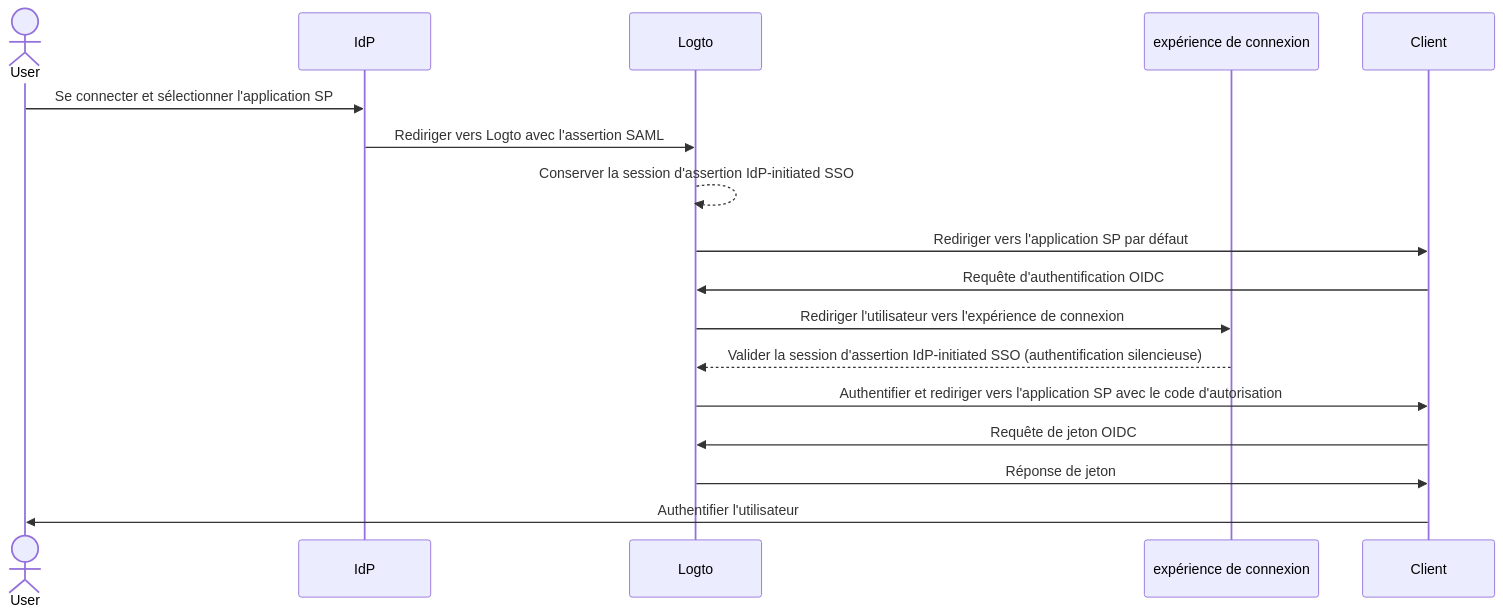
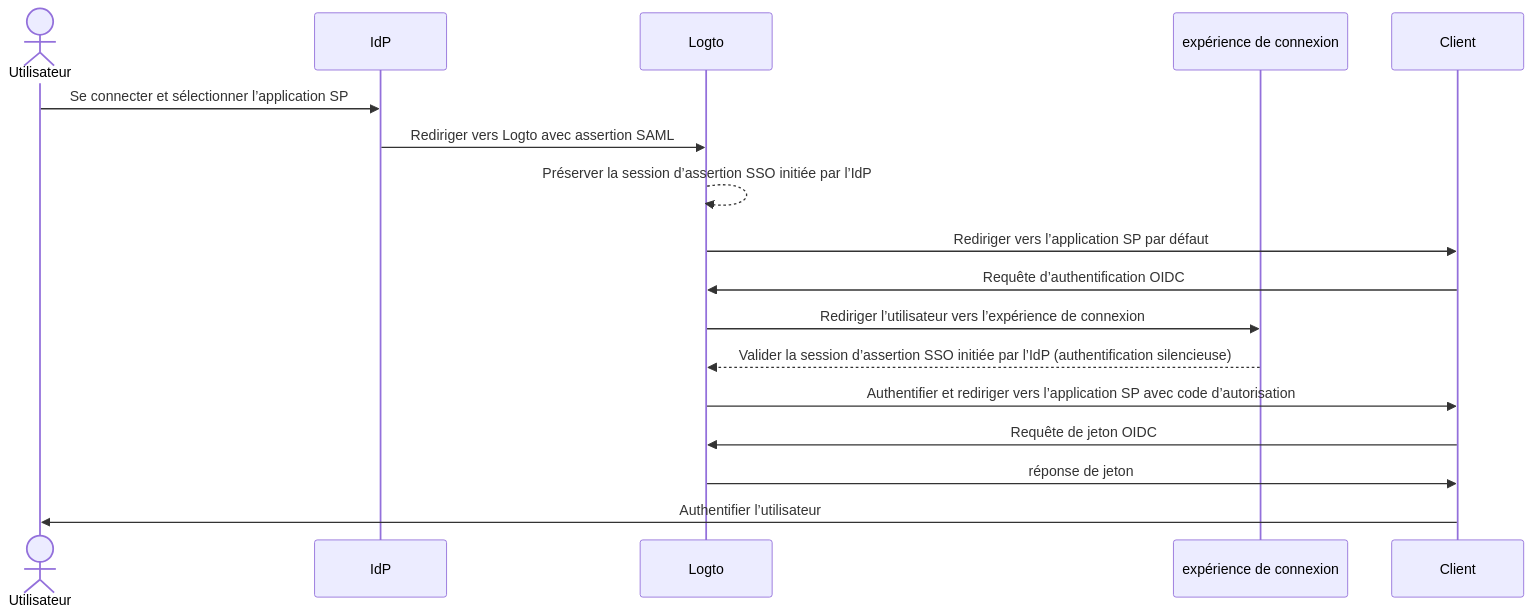
Before and after one commit to logto-io/docs: the first of 2 diagrams in i18n/fr/docusaurus-plugin-content-docs/current/end-user-flows/enterprise-sso/idp-initiated-sso.mdx, drawn with Mermaid. The commit also changed other lines of this file and 666 other files, not shown here.

````diff
--- a/i18n/fr/docusaurus-plugin-content-docs/current/end-user-flows/enterprise-sso/idp-initiated-sso.mdx
+++ b/i18n/fr/docusaurus-plugin-content-docs/current/end-user-flows/enterprise-sso/idp-initiated-sso.mdx
@@ -60,20 +60,20 @@
 ```mermaid
 sequenceDiagram
-    actor User
+    actor Utilisateur
     participant IdP as IdP
     participant Logto as Logto
     participant Experience as expérience de connexion
     participant SP as Client
 
-    User->>IdP: Se connecter et sélectionner l'application SP
-    IdP->>Logto: Rediriger vers Logto avec l'assertion SAML
-    Logto-->>Logto: Conserver la session d'assertion IdP-initiated SSO
-    Logto->>SP: Rediriger vers l'application SP par défaut
-    SP->>Logto: Requête d'authentification OIDC
-    Logto->>Experience: Rediriger l'utilisateur vers l'expérience de connexion
-    Experience-->>Logto: Valider la session d'assertion IdP-initiated SSO (authentification silencieuse)
-    Logto->>SP: Authentifier et rediriger vers l'application SP avec le code d'autorisation
+    Utilisateur->>IdP: Se connecter et sélectionner l’application SP
+    IdP->>Logto: Rediriger vers Logto avec assertion SAML
+    Logto-->>Logto: Préserver la session d’assertion SSO initiée par l’IdP
+    Logto->>SP: Rediriger vers l’application SP par défaut
+    SP->>Logto: Requête d’authentification OIDC
+    Logto->>Experience: Rediriger l’utilisateur vers l’expérience de connexion
+    Experience-->>Logto: Valider la session d’assertion SSO initiée par l’IdP (authentification silencieuse)
+    Logto->>SP: Authentifier et rediriger vers l’application SP avec code d’autorisation
     SP->>Logto: Requête de jeton OIDC
-    Logto->>SP: Réponse de jeton
-    SP->>User: Authentifier l'utilisateur
+    Logto->>SP: réponse de jeton
+    SP->>Utilisateur: Authentifier l’utilisateur
 ```
````
